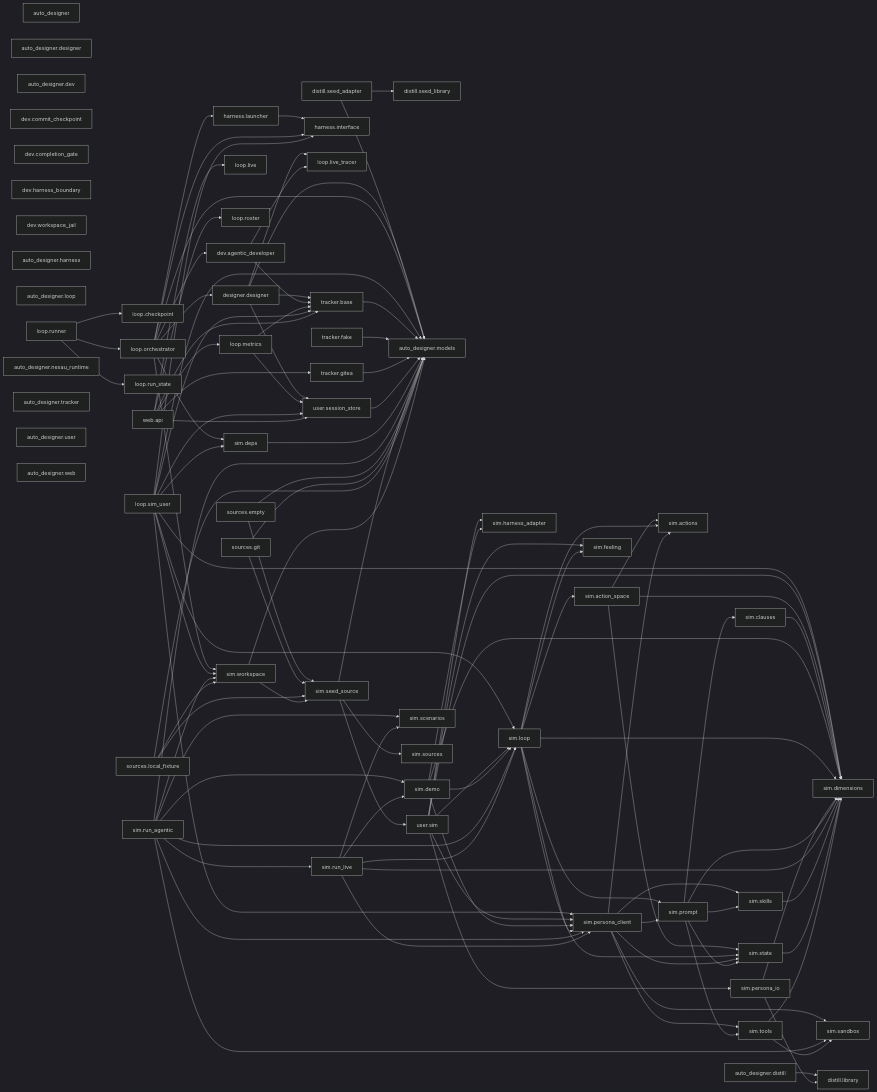
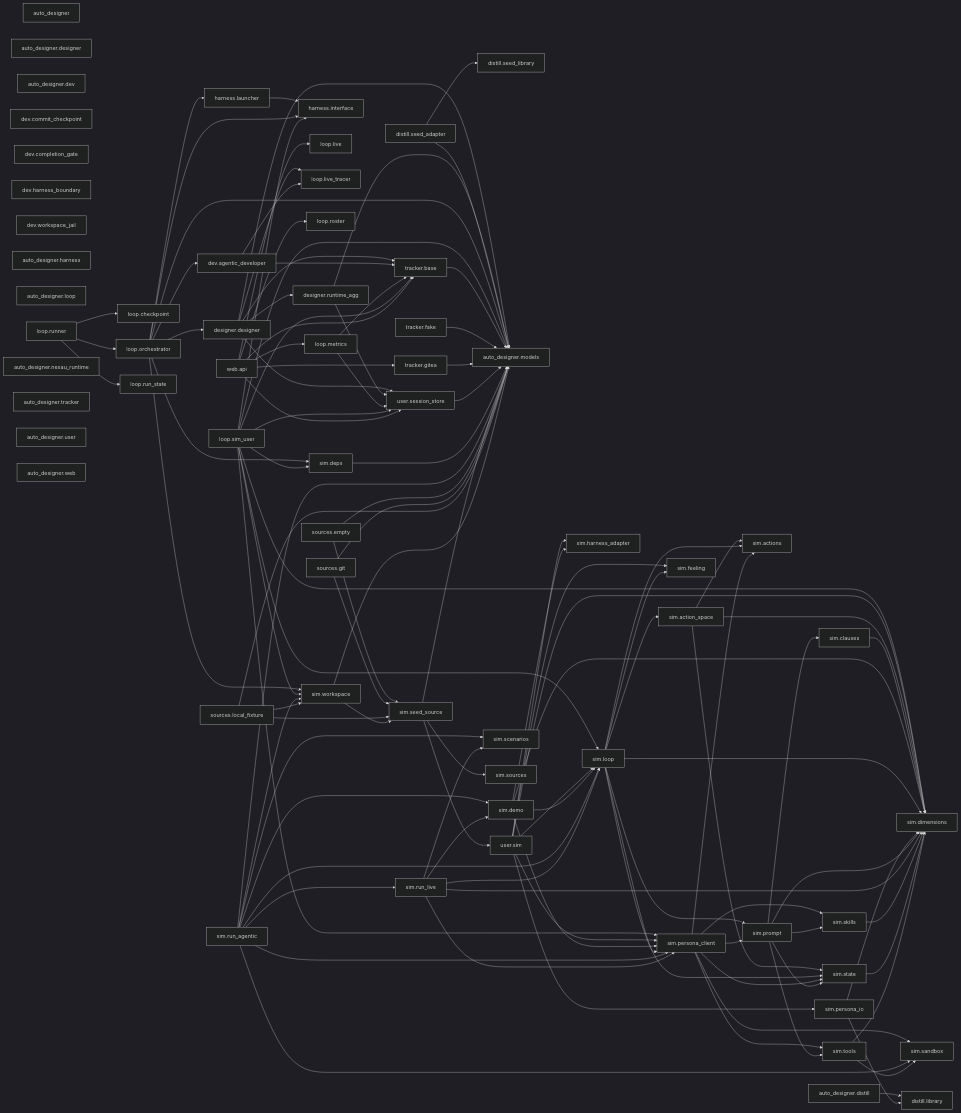
One commit to Curry09/AHE-Beta changed the diagram in docs/specs/ARCHITECTURE.md. Above: the diagram before and after it, drawn with Mermaid (dark theme). The commit also changed other lines of this file and 4 other files, not shown here.

```diff
--- a/docs/specs/ARCHITECTURE.md
+++ b/docs/specs/ARCHITECTURE.md
@@ -150,6 +151,7 @@
     nauto_designer["auto_designer"]
     nauto_designer_designer["auto_designer.designer"]
     nauto_designer_designer_designer["designer.designer"]
+    nauto_designer_designer_runtime_agg["designer.runtime_agg"]
     nauto_designer_dev["auto_designer.dev"]
     nauto_designer_dev_agentic_developer["dev.agentic_developer"]
     nauto_designer_dev_commit_checkpoint["dev.commit_checkpoint"]
@@ -209,10 +211,13 @@
     nauto_designer_user_sim_workspace["sim.workspace"]
     nauto_designer_web["auto_designer.web"]
     nauto_designer_web_api["web.api"]
+    nauto_designer_designer_designer --> nauto_designer_designer_runtime_agg
     nauto_designer_designer_designer --> nauto_designer_loop_live_tracer
     nauto_designer_designer_designer --> nauto_designer_models
     nauto_designer_designer_designer --> nauto_designer_tracker_base
     nauto_designer_designer_designer --> nauto_designer_user_session_store
+    nauto_designer_designer_runtime_agg --> nauto_designer_models
+    nauto_designer_designer_runtime_agg --> nauto_designer_user_session_store
     nauto_designer_dev_agentic_developer --> nauto_designer_loop_live_tracer
     nauto_designer_dev_agentic_developer --> nauto_designer_tracker_base
     nauto_designer_distill --> nauto_designer_distill_library
```
